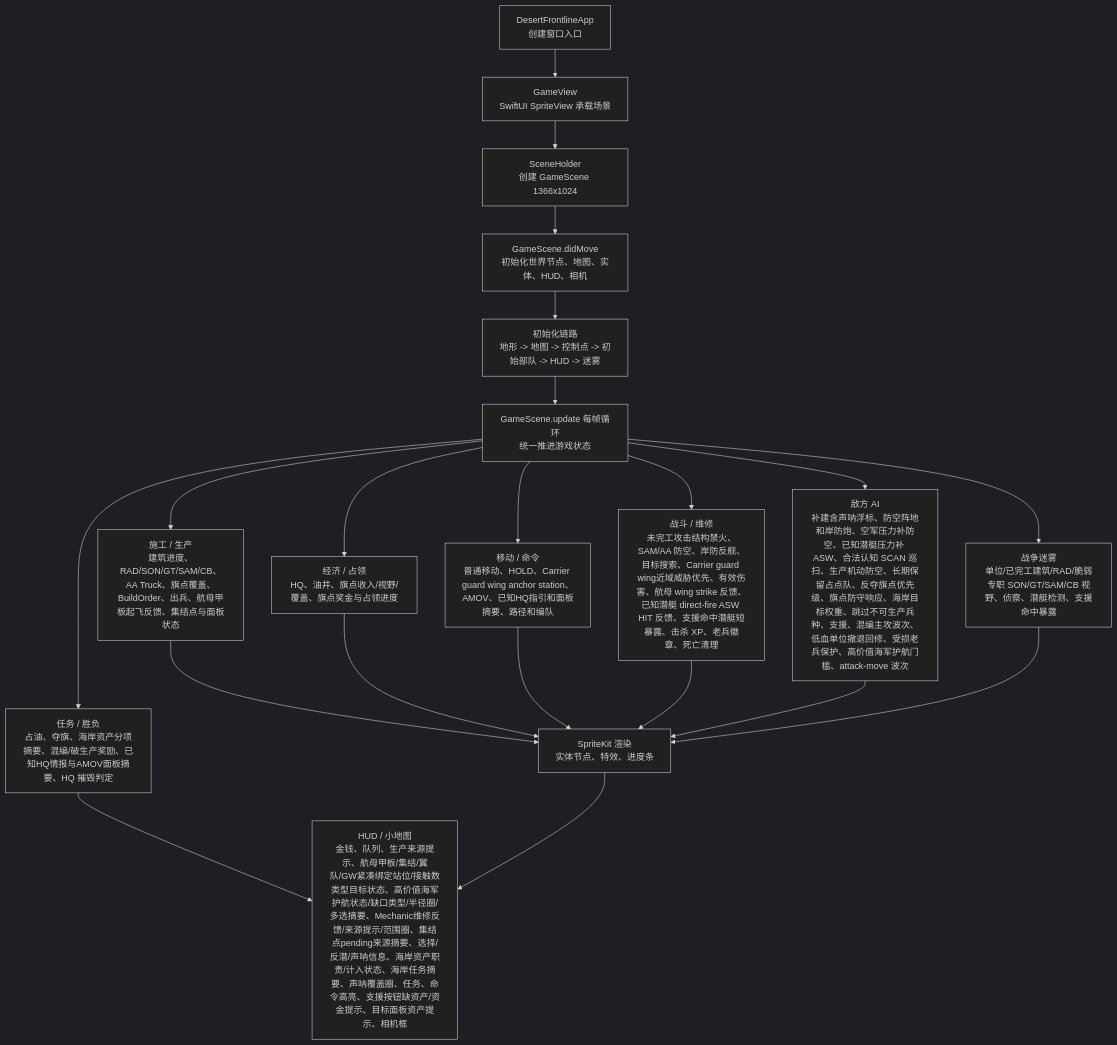
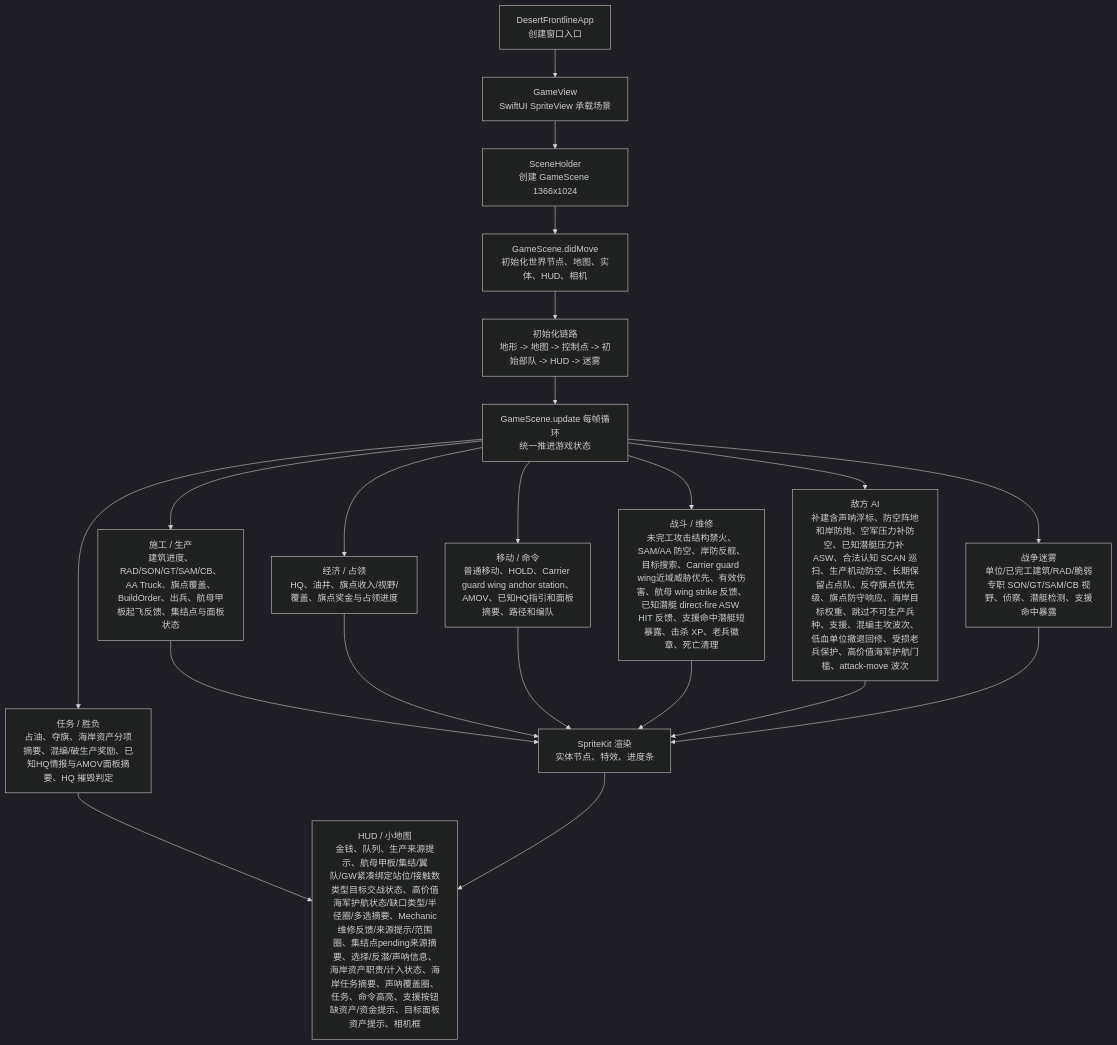
The first of 3 diagrams in md/flow/flowchart.md (Altman-sam114/1145), drawn with Mermaid (dark theme) before and after one commit. The commit also changed 4 other files, not shown here.

````diff
--- a/md/flow/flowchart.md
+++ b/md/flow/flowchart.md
@@ -9,23 +9,23 @@
 ```mermaid
 flowchart TD
   App["DesertFrontlineApp\n创建窗口入口"] --> View["GameView\nSwiftUI SpriteView 承载场景"]
   View --> Holder["SceneHolder\n创建 GameScene 1366x1024"]
   Holder --> Scene["GameScene.didMove\n初始化世界节点、地图、实体、HUD、相机"]
   Scene --> Init["初始化链路\n地形 -> 地图 -> 控制点 -> 初始部队 -> HUD -> 迷雾"]
   Init --> Loop["GameScene.update 每帧循环\n统一推进游戏状态"]
   Loop --> Build["施工 / 生产\n建筑进度、RAD/SON/GT/SAM/CB、AA Truck、旗点覆盖、BuildOrder、出兵、航母甲板起飞反馈、集结点与面板状态"]
   Loop --> Economy["经济 / 占领\nHQ、油井、旗点收入/视野/覆盖、旗点奖金与占领进度"]
   Loop --> Commands["移动 / 命令\n普通移动、HOLD、Carrier guard wing anchor station、AMOV、已知HQ指引和面板摘要、路径和编队"]
   Loop --> Combat["战斗 / 维修\n未完工攻击结构禁火、SAM/AA 防空、岸防反舰、目标搜索、Carrier guard wing近域威胁优先、有效伤害、航母 wing strike 反馈、已知潜艇 direct-fire ASW HIT 反馈、支援命中潜艇短暴露、击杀 XP、老兵徽章、死亡清理"]
   Loop --> AI["敌方 AI\n补建含声呐浮标、防空阵地和岸防炮、空军压力补防空、已知潜艇压力补 ASW、合法认知 SCAN 巡扫、生产机动防空、长期保留占点队、反夺旗点优先级、旗点防守响应、海岸目标权重、跳过不可生产兵种、支援、混编主攻波次、低血单位撤退回修、受损老兵保护、高价值海军护航门槛、attack-move 波次"]
   Loop --> Fog["战争迷雾\n单位/已完工建筑/RAD/脆弱专职 SON/GT/SAM/CB 视野、侦察、潜艇检测、支援命中暴露"]
   Loop --> Mission["任务 / 胜负\n占油、夺旗、海岸资产分项摘要、混编/破生产奖励、已知HQ情报与AMOV面板摘要、HQ 摧毁判定"]
   Build --> Render["SpriteKit 渲染\n实体节点、特效、进度条"]
   Economy --> Render
   Commands --> Render
   Combat --> Render
   AI --> Render
   Fog --> Render
-  Mission --> HUD["HUD / 小地图\n金钱、队列、生产来源提示、航母甲板/集结/翼队/GW紧凑绑定站位/接触数类型目标状态、高价值海军护航状态/缺口类型/半径圈/多选摘要、Mechanic维修反馈/来源提示/范围圈、集结点pending来源摘要、选择/反潜/声呐信息、海岸资产职责/计入状态、海岸任务摘要、声呐覆盖圈、任务、命令高亮、支援按钮缺资产/资金提示、目标面板资产提示、相机框"]
+  Mission --> HUD["HUD / 小地图\n金钱、队列、生产来源提示、航母甲板/集结/翼队/GW紧凑绑定站位/接触数类型目标交战状态、高价值海军护航状态/缺口类型/半径圈/多选摘要、Mechanic维修反馈/来源提示/范围圈、集结点pending来源摘要、选择/反潜/声呐信息、海岸资产职责/计入状态、海岸任务摘要、声呐覆盖圈、任务、命令高亮、支援按钮缺资产/资金提示、目标面板资产提示、相机框"]
   Render --> HUD
 ```
````
